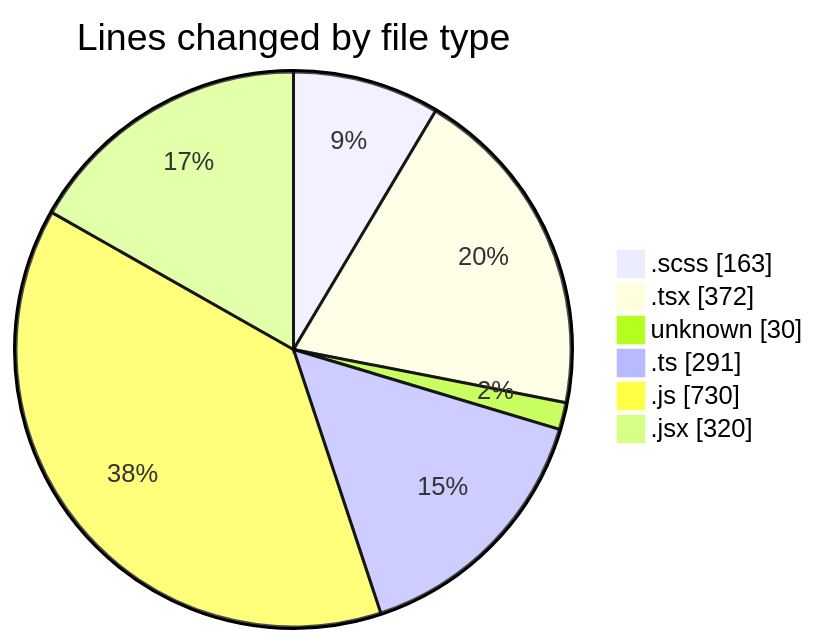
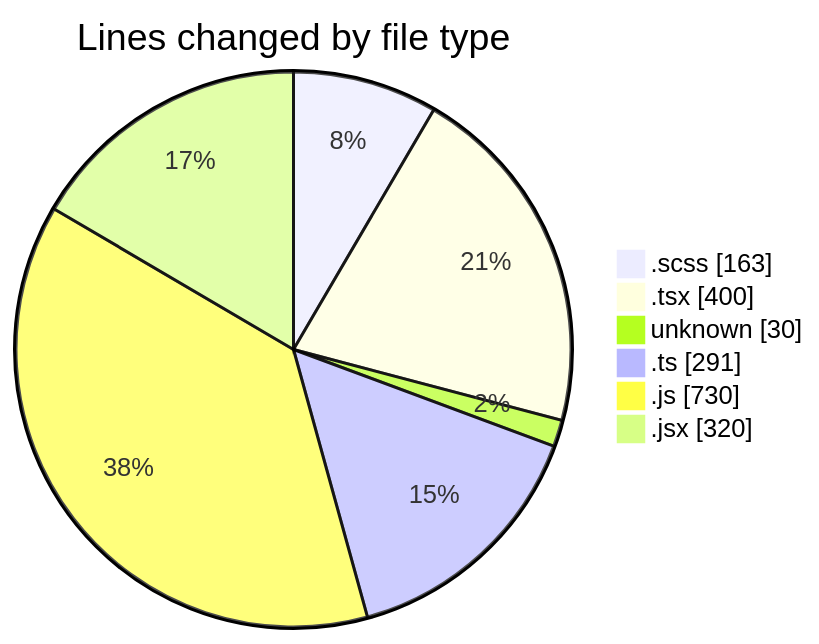
One commit to momahboobian/code-tracking changed the first of 2 diagrams in 2025-03-05/cda/README.md. Above: the diagram before and after it, drawn with Mermaid. The commit also changed other lines of this file and 1 other file, not shown here.

````diff
--- a/2025-03-05/cda/README.md
+++ b/2025-03-05/cda/README.md
@@ -37,10 +37,10 @@
 ```mermaid
 pie showData
 title Lines changed by file type
 ".scss" : 163
-".tsx" : 372
+".tsx" : 400
 "unknown" : 30
 ".ts" : 291
 ".js" : 730
 ".jsx" : 320
 ```
````
